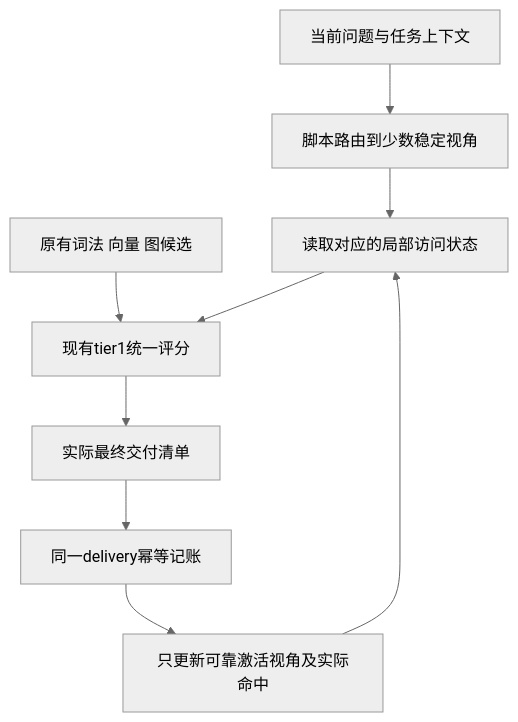
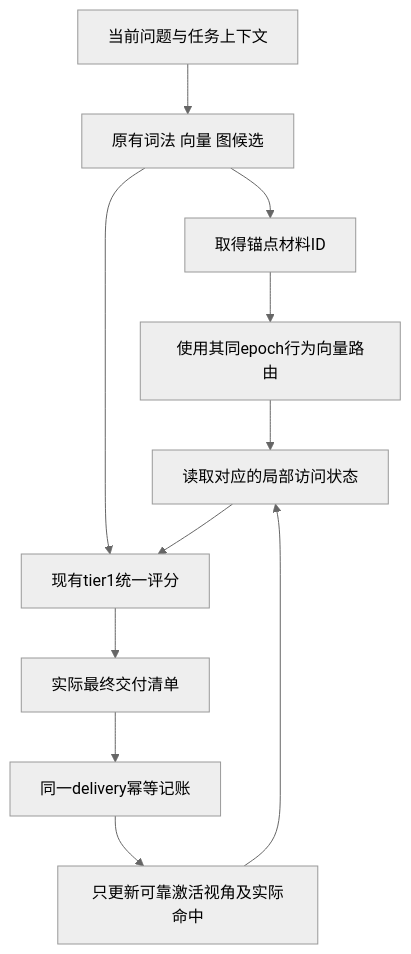
One commit to YS-Pan/basePack changed the first of 2 diagrams in devDoc/tasks/20261115-real-use-rectification/research/contextual-access-20261117.md. Above: the diagram before and after it, drawn with Mermaid (neutral theme). The commit also changed other lines of this file and 3 other files, not shown here.

````diff
--- a/devDoc/tasks/20261115-real-use-rectification/research/contextual-access-20261117.md
+++ b/devDoc/tasks/20261115-real-use-rectification/research/contextual-access-20261117.md
@@ -47,11 +64,13 @@
 ```mermaid
 flowchart TD
-  Q[当前问题与任务上下文] --> R[脚本路由到少数稳定视角]
+  Q[当前问题与任务上下文] --> B[原有词法 向量 图候选]
+  B --> A[取得锚点材料ID]
+  A --> R[使用其同epoch行为向量路由]
   R --> H[读取对应的局部访问状态]
-  B[原有词法 向量 图候选] --> T[现有tier1统一评分]
+  B --> T[现有tier1统一评分]
   H --> T
   T --> D[实际最终交付清单]
   D --> E[同一delivery幂等记账]
   E --> U[只更新可靠激活视角及实际命中]
   U --> H
 ```
````
